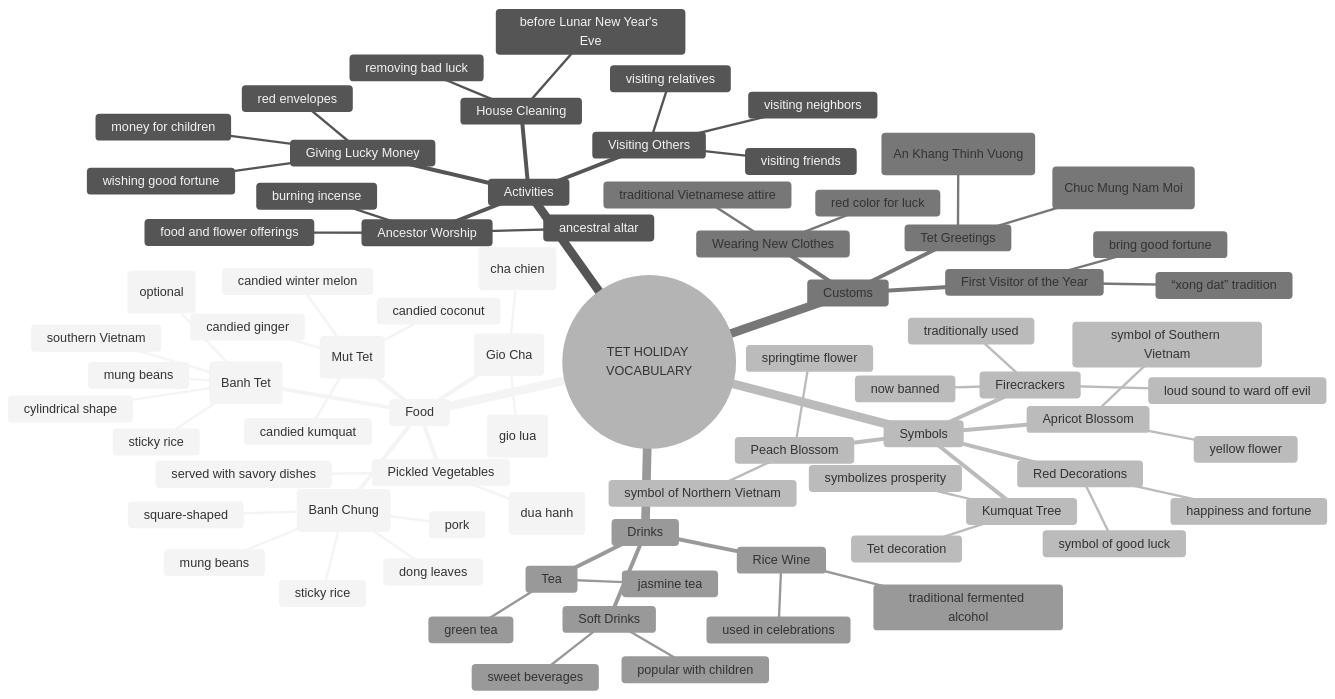
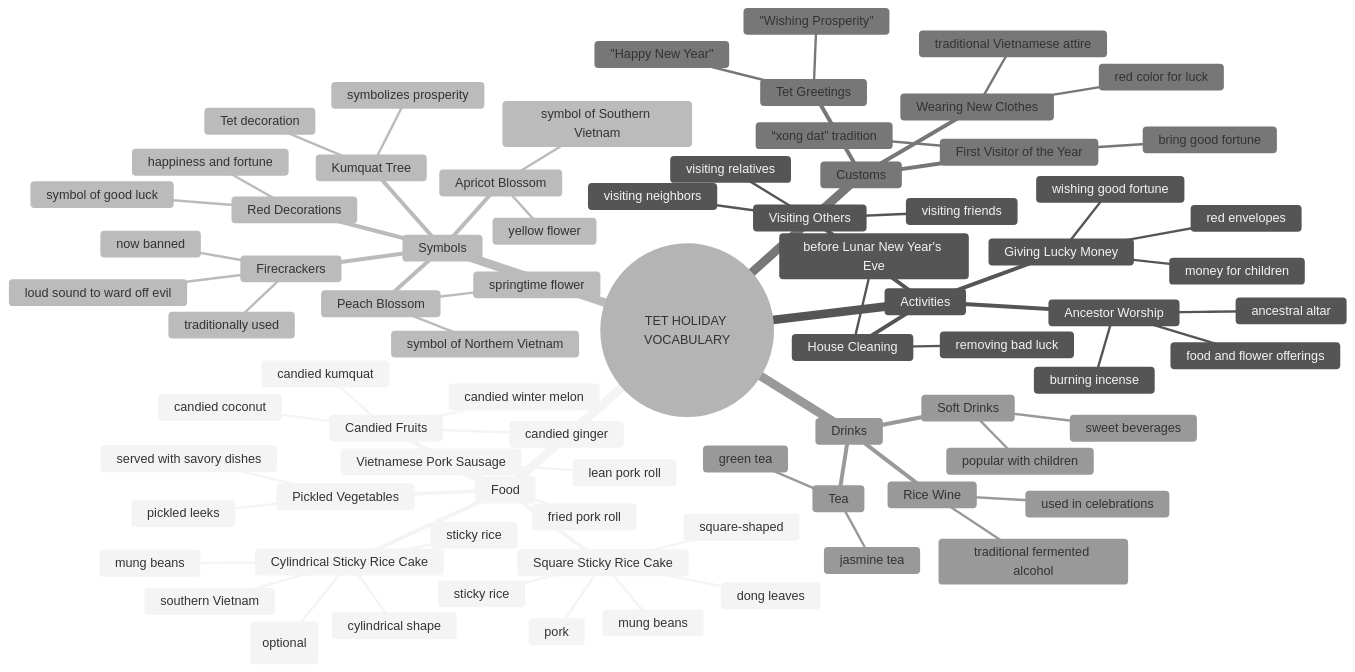
One commit to aerovfx/aerolang changed the diagram in Lesson06_VietNamese_traditianal/01_Subject.md. Above: the diagram before and after it, drawn with Mermaid (neutral theme).

Commit message:
cap nhat tieng Anh

````diff
--- a/Lesson06_VietNamese_traditianal/01_Subject.md
+++ b/Lesson06_VietNamese_traditianal/01_Subject.md
@@ -1,81 +1,81 @@
 ```mermaid
 mindmap
   root((TET HOLIDAY VOCABULARY))
     Food
-      Square Sticky Rice Cake (Banh Chung)
+      Square Sticky Rice Cake 
         sticky rice
         square-shaped
         pork
         mung beans
         dong leaves
-      Cylindrical Sticky Rice Cake (Banh Tet)
+      Cylindrical Sticky Rice Cake 
         cylindrical shape
         sticky rice
         mung beans
         banana (optional)
         southern Vietnam
       Pickled Vegetables
-        pickled leeks (dua hanh)
+        pickled leeks 
         served with savory dishes
-      Vietnamese Pork Sausage (Gio Cha)
-        lean pork roll (gio lua)
-        fried pork roll (cha chien)
-      Candied Fruits (Mut Tet)
+      Vietnamese Pork Sausage 
+        lean pork roll 
+        fried pork roll 
+      Candied Fruits 
         candied coconut
         candied ginger
         candied kumquat
         candied winter melon
     Activities
       House Cleaning
         removing bad luck
         before Lunar New Year's Eve
       Ancestor Worship
         ancestral altar
         burning incense
         food and flower offerings
       Visiting Others
         visiting relatives
         visiting neighbors
         visiting friends
       Giving Lucky Money
         red envelopes
         money for children
         wishing good fortune
     Symbols
       Peach Blossom
         symbol of Northern Vietnam
         springtime flower
       Apricot Blossom
         symbol of Southern Vietnam
         yellow flower
       Kumquat Tree
         symbolizes prosperity
         Tet decoration
       Red Decorations
         symbol of good luck
         happiness and fortune
       Firecrackers
         traditionally used
         loud sound to ward off evil
         now banned
     Customs
       First Visitor of the Year
         “xong dat” tradition
         bring good fortune
       Wearing New Clothes
         red color for luck
         traditional Vietnamese attire
       Tet Greetings
-        "Happy New Year" (Chuc Mung Nam Moi)
-        "Wishing Prosperity" (An Khang Thinh Vuong)
+        "Happy New Year" 
+        "Wishing Prosperity" 
     Drinks
       Tea
         green tea
         jasmine tea
       Rice Wine
         traditional fermented alcohol
         used in celebrations
       Soft Drinks
         sweet beverages
         popular with children
 ```
````
